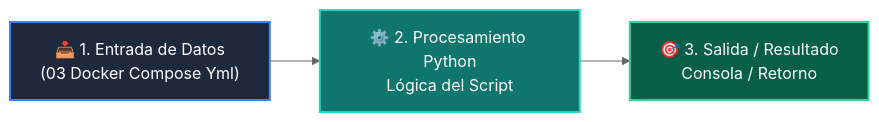
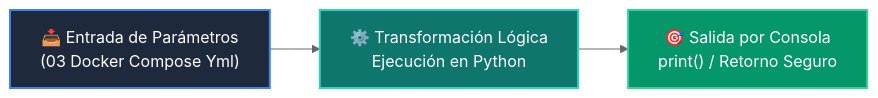
The diagram in 04-proyecto-final/clase-07-docker-y-compose/ejemplos/ejemplo_03_docker_compose_yml/README.md (wisrovi/wisrovi-python), drawn with Mermaid (neutral theme) before and after one commit. The commit also changed other lines of this file and 226 other files, not shown here.

Commit message:
docs: elevate all repository READMEs to world-class mastery standard with rich pedagogical architecture, custom Mermaids, and professional styling

````diff
--- a/04-proyecto-final/clase-07-docker-y-compose/ejemplos/ejemplo_03_docker_compose_yml/README.md
+++ b/04-proyecto-final/clase-07-docker-y-compose/ejemplos/ejemplo_03_docker_compose_yml/README.md
@@ -12,9 +19,9 @@
 ```mermaid
 flowchart LR
-    A["📥 1. Entrada de Datos<br/>(03 Docker Compose Yml)"] --> B["⚙️ 2. Procesamiento Python<br/>Lógica del Script"]
-    B --> C["🎯 3. Salida / Resultado<br/>Consola / Retorno"]
+    A["📥 Entrada de Parámetros<br/>(03 Docker Compose Yml)"] --> B["⚙️ Transformación Lógica<br/>Ejecución en Python"]
+    B --> C["🎯 Salida por Consola<br/>print() / Retorno Seguro"]
 
-    style A fill:#1e293b,color:#fff,stroke:#3b82f6,stroke-width:2px
-    style B fill:#0f766e,color:#fff,stroke:#2dd4bf,stroke-width:2px
-    style C fill:#065f46,color:#fff,stroke:#34d399,stroke-width:2px
+    style A fill:#1e293b,color:#ffffff,stroke:#3b82f6,stroke-width:2px
+    style B fill:#0f766e,color:#ffffff,stroke:#2dd4bf,stroke-width:2px
+    style C fill:#059669,color:#ffffff,stroke:#34d399,stroke-width:2px
 ```
````
